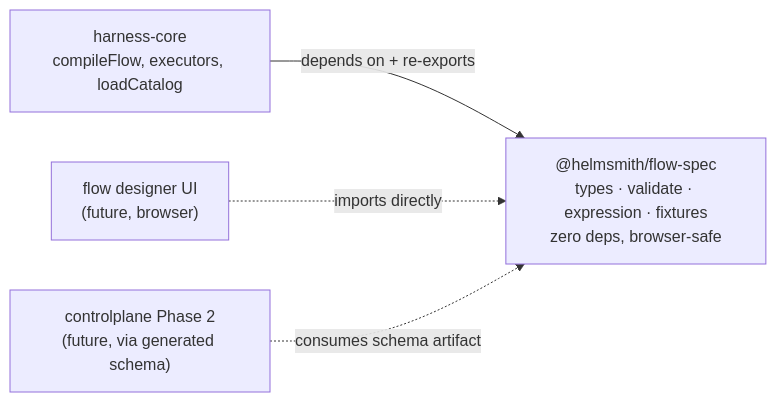
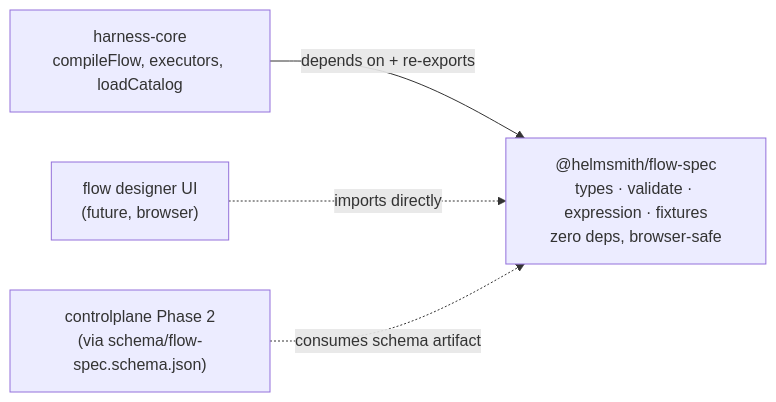
Before and after one commit to JefeLabs/helmsmith: the first of 3 diagrams in platform/harness/flow-spec/SPEC.md, drawn with Mermaid. The commit also changed other lines of this file and 12 other files, not shown here.

First line of the commit message:
feat(flow-spec): generated JSON Schema artifact with drift guard (1.2)

````diff
--- a/platform/harness/flow-spec/SPEC.md
+++ b/platform/harness/flow-spec/SPEC.md
@@ -13,10 +13,10 @@
 ```mermaid
 flowchart LR
     spec["@helmsmith/flow-spec<br/>types · validate · expression · fixtures<br/>zero deps, browser-safe"]
     core["harness-core<br/>compileFlow, executors, loadCatalog"]
     designer["flow designer UI<br/>(future, browser)"]
-    cp["controlplane Phase 2<br/>(future, via generated schema)"]
+    cp["controlplane Phase 2<br/>(via schema/flow-spec.schema.json)"]
     core -->|"depends on + re-exports"| spec
     designer -.->|"imports directly"| spec
     cp -.->|"consumes schema artifact"| spec
 ```
````
